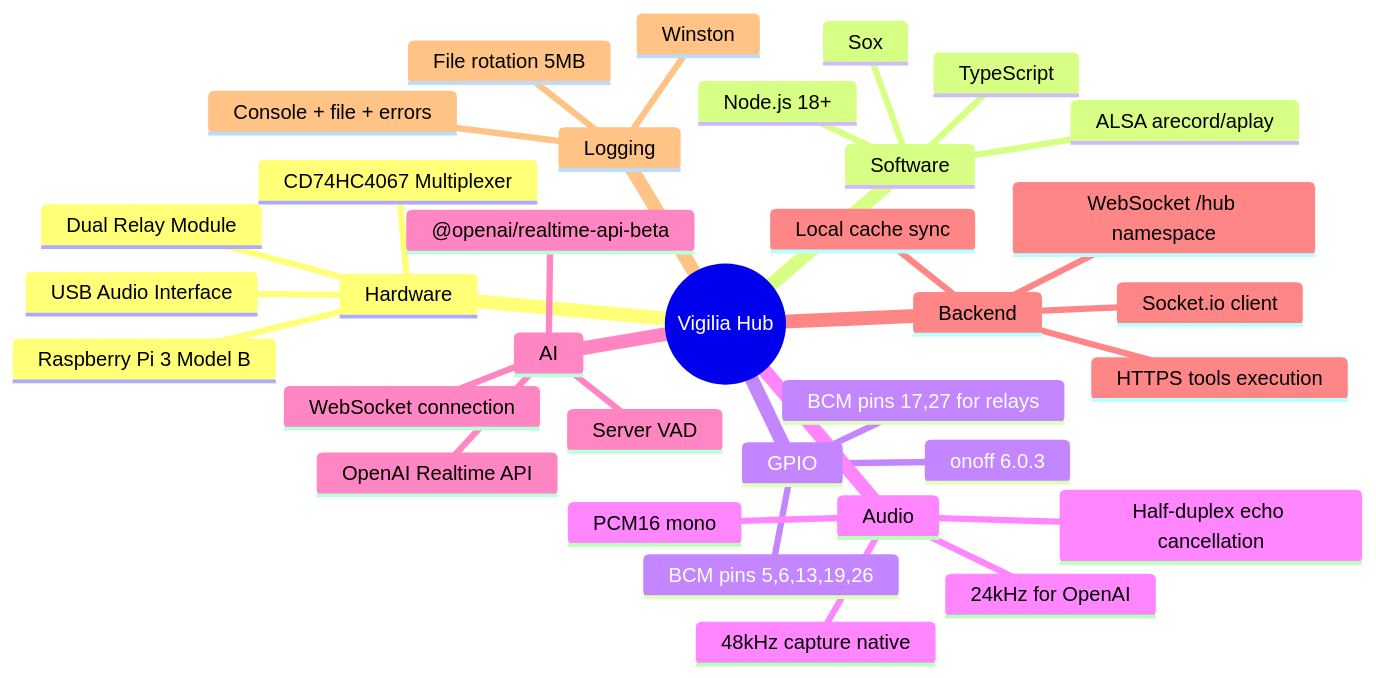
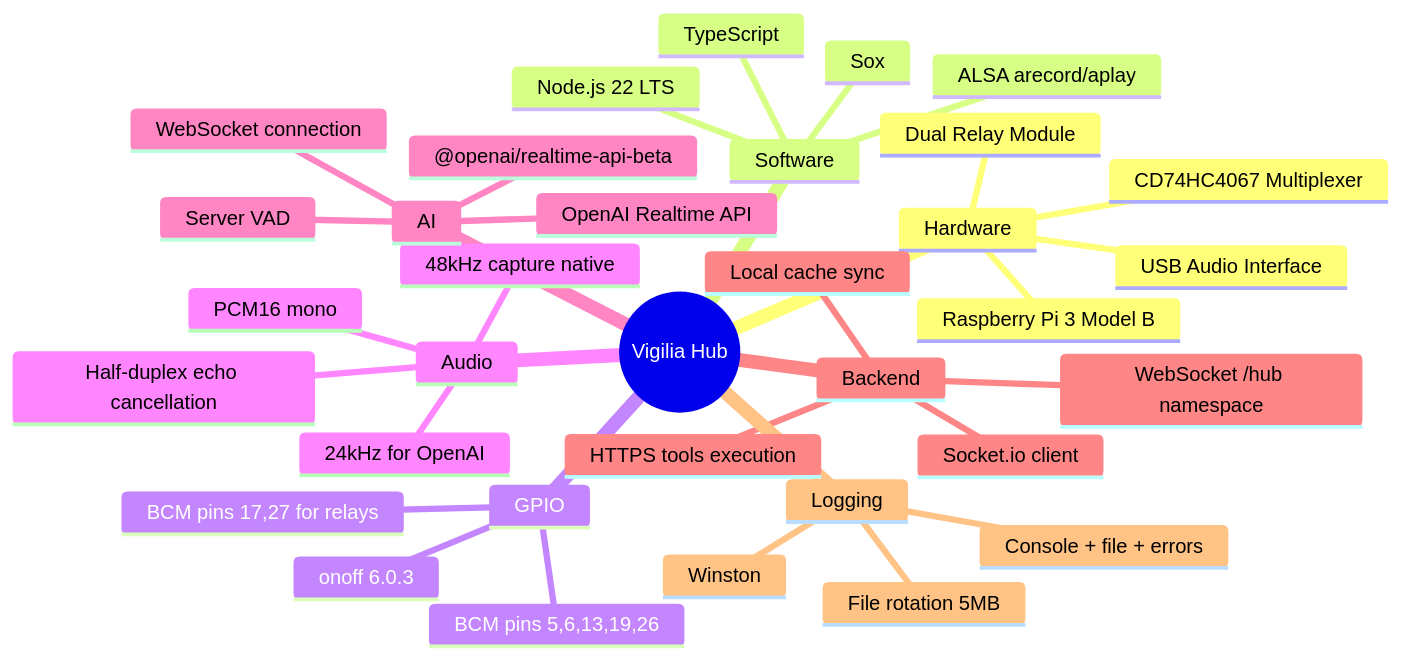
Before and after one commit to bemunozm/Taller-de-titulo: the sixth of 6 diagrams in vigilia-hub/ARCHITECTURE.md, drawn with Mermaid. The commit also changed 39 other files, not shown here.

````diff
--- a/vigilia-hub/ARCHITECTURE.md
+++ b/vigilia-hub/ARCHITECTURE.md
@@ -292,37 +292,37 @@
 ```mermaid
 mindmap
   root((Vigilia Hub))
     Hardware
       Raspberry Pi 3 Model B
       USB Audio Interface
       Dual Relay Module
       CD74HC4067 Multiplexer
     Software
-      Node.js 18+
+      Node.js 22 LTS
       TypeScript
       ALSA arecord/aplay
       Sox
     GPIO
       onoff 6.0.3
       BCM pins 5,6,13,19,26
       BCM pins 17,27 for relays
     Audio
       48kHz capture native
       24kHz for OpenAI
       PCM16 mono
       Half-duplex echo cancellation
     AI
       OpenAI Realtime API
       @openai/realtime-api-beta
       WebSocket connection
       Server VAD
     Backend
       Socket.io client
       WebSocket /hub namespace
       HTTPS tools execution
       Local cache sync
     Logging
       Winston
       File rotation 5MB
       Console + file + errors
 ```
````
